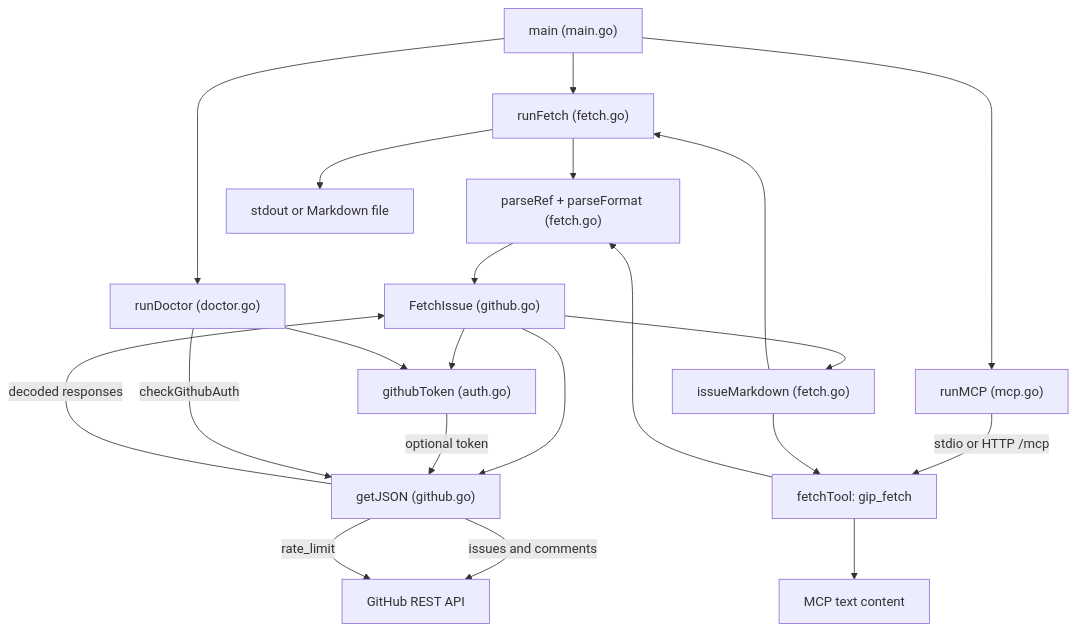
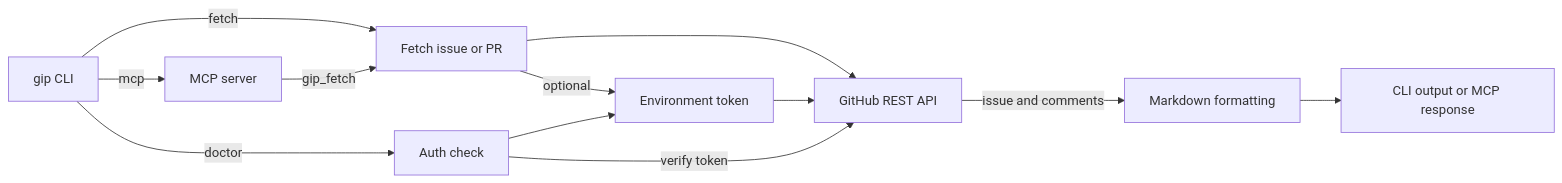
Before and after one commit to akash1047/gip: the diagram in docs/architecture.md, drawn with Mermaid. The commit also changed other lines of this file, not shown here.

Commit message:
docs(architecture): simplify high-level diagram

````diff
--- a/docs/architecture.md
+++ b/docs/architecture.md
@@ -19,23 +16,14 @@
 ```mermaid
-flowchart TD
-    CLI["main (main.go)"] --> F["runFetch (fetch.go)"]
-    CLI --> D["runDoctor (doctor.go)"]
-    CLI --> M["runMCP (mcp.go)"]
-    M -->|stdio or HTTP /mcp| T["fetchTool: gip_fetch"]
-    F --> P["parseRef + parseFormat (fetch.go)"]
-    T --> P
-    P --> I["FetchIssue (github.go)"]
-    I --> A["githubToken (auth.go)"]
-    I --> J["getJSON (github.go)"]
-    A -->|optional token| J
-    J -->|issues and comments| GH["GitHub REST API"]
-    J -->|decoded responses| I
-    I --> R["issueMarkdown (fetch.go)"]
-    R --> F
-    R --> T
-    F --> O["stdout or Markdown file"]
-    T --> C["MCP text content"]
+flowchart LR
+    CLI["gip CLI"] -->|fetch| F["Fetch issue or PR"]
+    CLI -->|doctor| D["Auth check"]
+    CLI -->|mcp| M["MCP server"]
+    M -->|gip_fetch| F
+    F -->|optional| A["Environment token"]
     D --> A
-    D -->|checkGithubAuth| J
-    J -->|rate_limit| GH
+    F --> G["GitHub REST API"]
+    A --> G
+    D -->|verify token| G
+    G -->|issue and comments| R["Markdown formatting"]
+    R --> O["CLI output or MCP response"]
 ```
````
